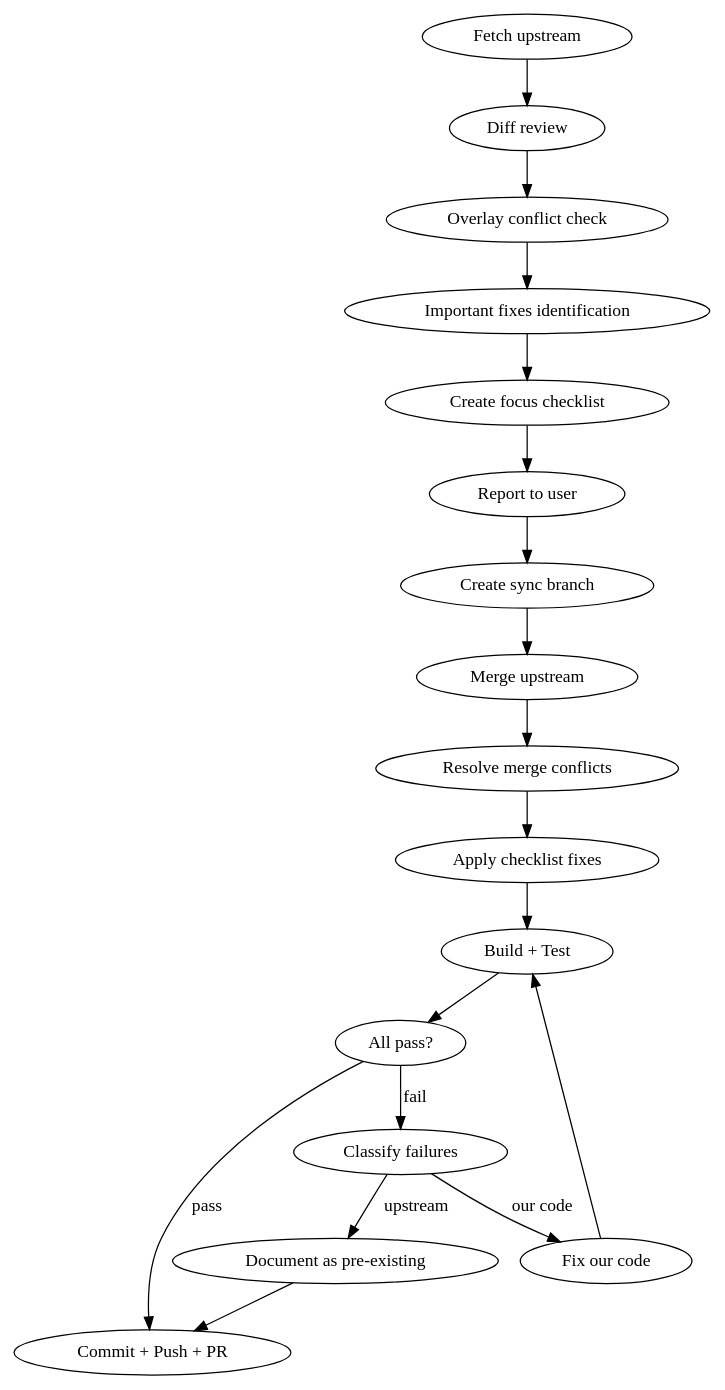
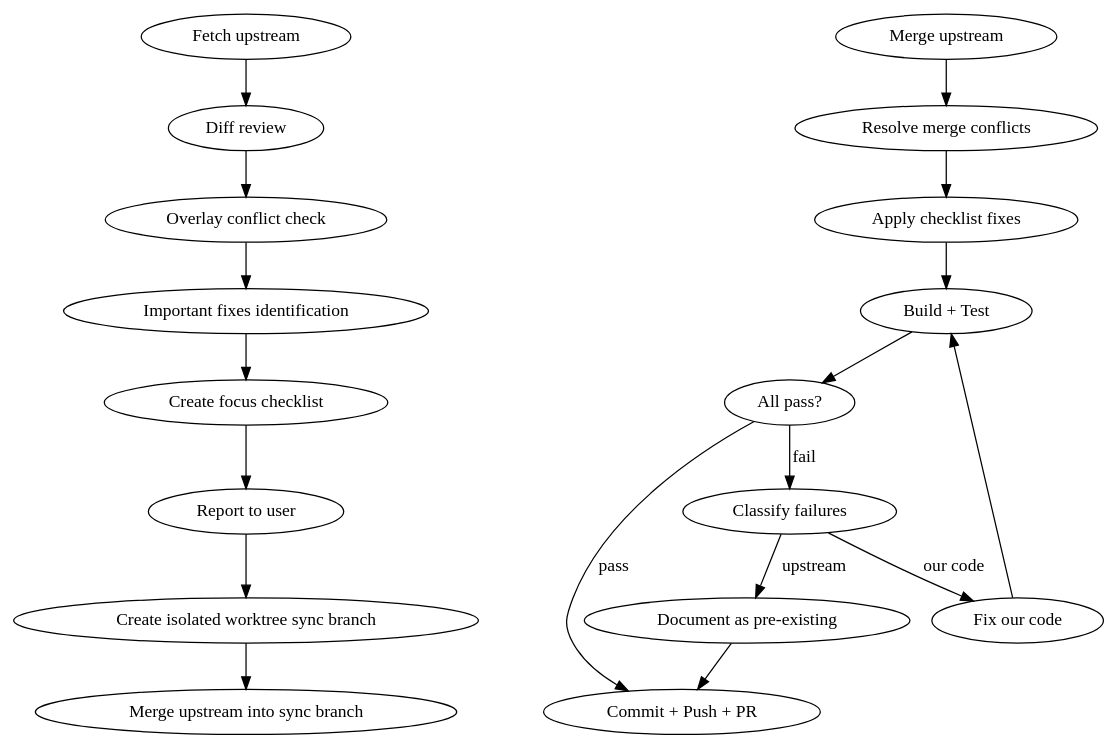
Before and after one commit to mpersisth/Fy-api: the diagram in .agents/skills/upstream-sync-review/SKILL.md, drawn with Graphviz. The commit also changed other lines of this file, not shown here.

Commit message:
docs: default upstream sync skill to worktree flow

````diff
--- a/.agents/skills/upstream-sync-review/SKILL.md
+++ b/.agents/skills/upstream-sync-review/SKILL.md
@@ -19,21 +19,21 @@
 ```dot
 digraph sync {
   "Fetch upstream" -> "Diff review";
   "Diff review" -> "Overlay conflict check";
   "Overlay conflict check" -> "Important fixes identification";
   "Important fixes identification" -> "Create focus checklist";
   "Create focus checklist" -> "Report to user";
-  "Report to user" -> "Create sync branch";
-  "Create sync branch" -> "Merge upstream";
+  "Report to user" -> "Create isolated worktree sync branch";
+  "Create isolated worktree sync branch" -> "Merge upstream into sync branch";
   "Merge upstream" -> "Resolve merge conflicts";
   "Resolve merge conflicts" -> "Apply checklist fixes";
   "Apply checklist fixes" -> "Build + Test";
   "Build + Test" -> "All pass?" [shape=diamond];
   "All pass?" -> "Classify failures" [label="fail"];
   "All pass?" -> "Commit + Push + PR" [label="pass"];
   "Classify failures" -> "Fix our code" [label="our code"];
   "Classify failures" -> "Document as pre-existing" [label="upstream"];
   "Fix our code" -> "Build + Test";
   "Document as pre-existing" -> "Commit + Push + PR";
 }
 ```
````
